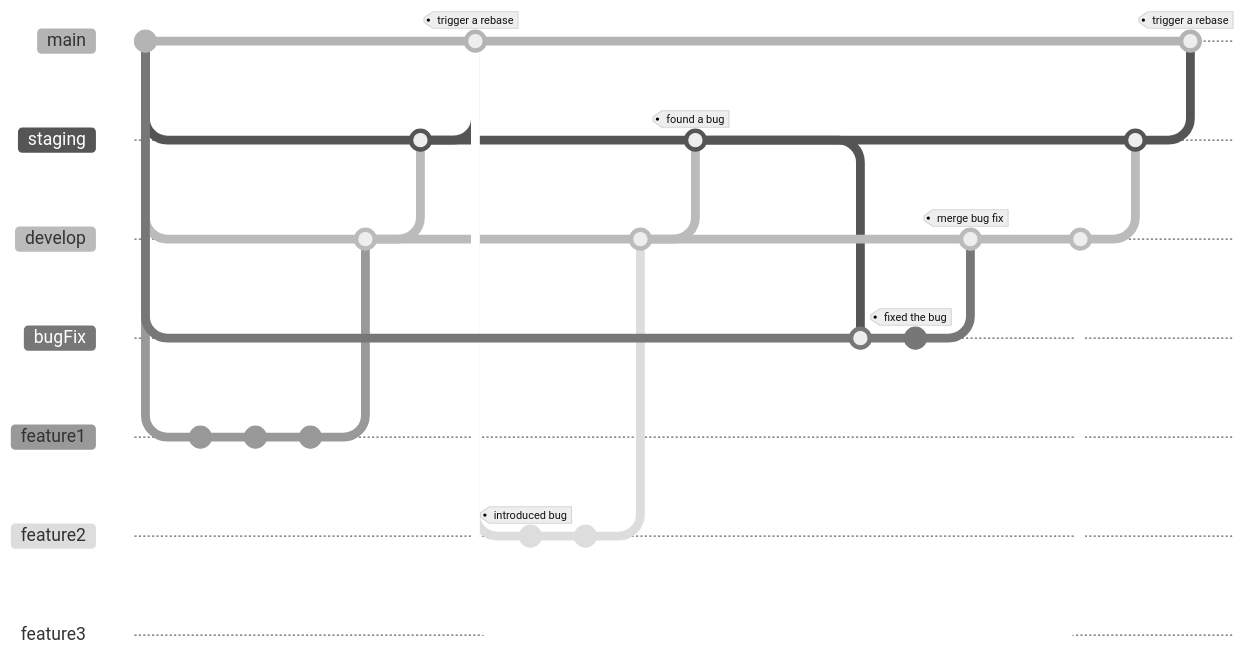
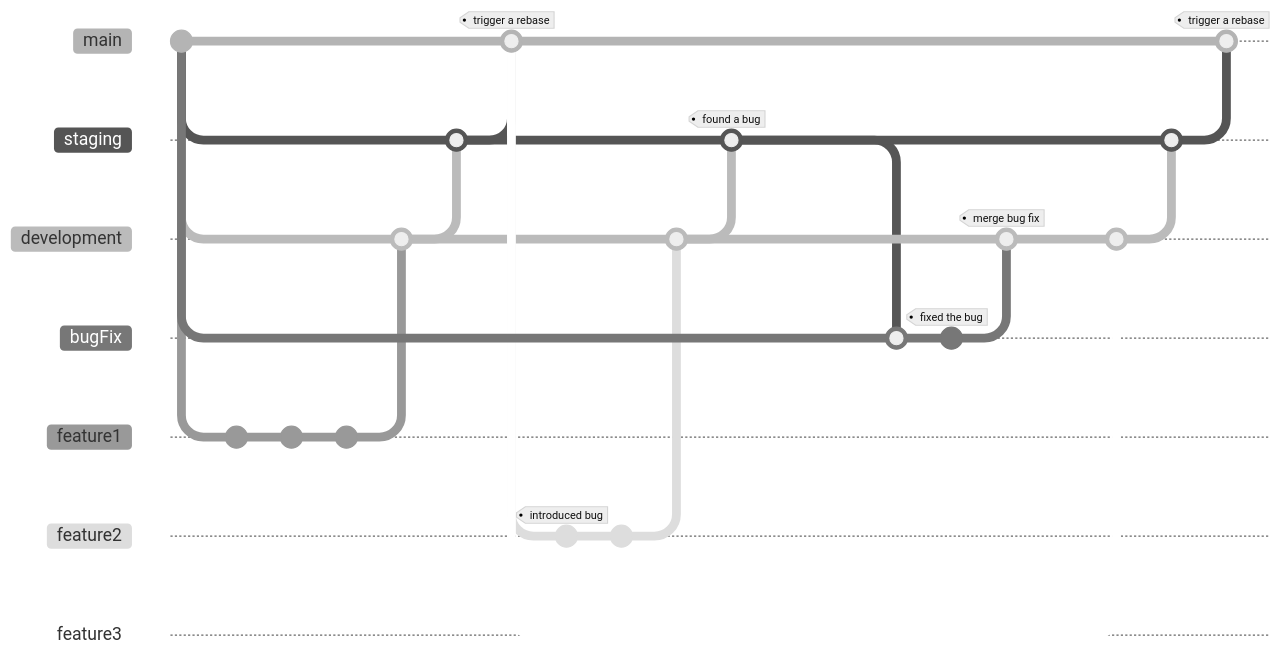
Before and after one commit to JonahsOrg/core: the second of 2 diagrams in README.md, drawn with Mermaid (neutral theme). Commit ids are hidden.

Commit message:
edited submodule graph

````diff
--- a/README.md
+++ b/README.md
@@ -127,60 +127,60 @@
 ```mermaid
 
 gitGraph
   commit
   branch staging
-  branch develop
+  branch development
   branch bugFix
   branch feature1
 
   checkout feature1
   commit
   commit
   commit
 
-  checkout develop
+  checkout development
   merge feature1
 
   checkout staging
-  merge develop
+  merge development
 
   checkout main
   merge staging tag: "trigger a rebase"
 
   branch feature2
   checkout feature2
   commit tag: "introduced bug"
   commit
 
-  checkout develop
+  checkout development
   merge feature2
 
   checkout staging
-  merge develop tag: "found a bug"
+  merge development tag: "found a bug"
 
   checkout main
   branch feature3
   checkout feature3
   commit
   commit
 
   checkout bugFix
   merge staging
   commit tag: "fixed the bug"
 
-  checkout develop
+  checkout development
   merge bugFix tag: "merge bug fix"
 
   checkout feature3
   commit
 
-  checkout develop
+  checkout development
   merge feature3
 
   checkout staging
-  merge develop
+  merge development
 
   checkout main
   merge staging tag: "trigger a rebase"
 
 ```
````
